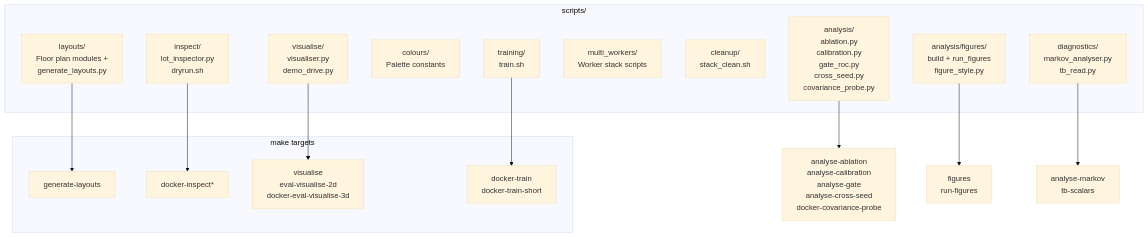
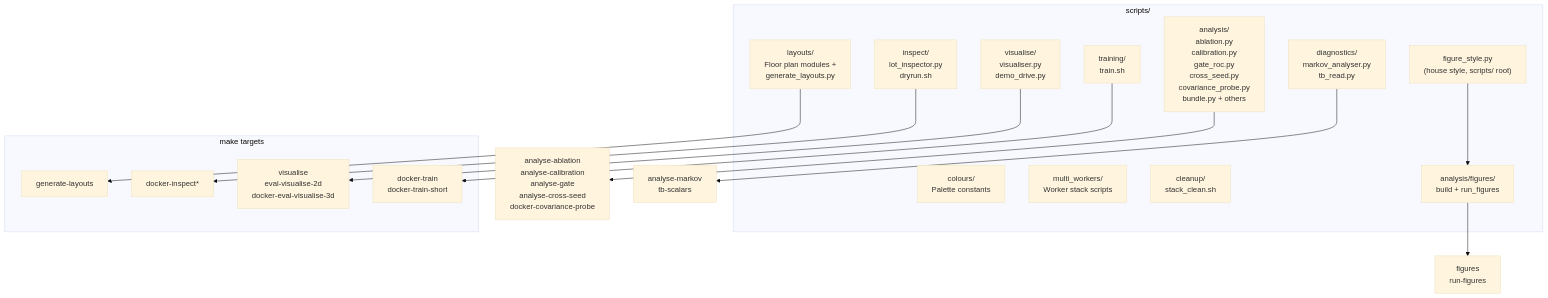
The diagram in scripts/README.md (Expo39/Uncertainty-Conditioned-RL-with-Evidential-Policy-Networks-for-Autonomous-Systems), drawn with Mermaid (base theme) before and after one commit. The commit also changed other lines of this file and 6 other files, not shown here.

````diff
--- a/scripts/README.md
+++ b/scripts/README.md
@@ -30,34 +35,36 @@
 ```mermaid
 flowchart TB
     subgraph scripts["scripts/"]
         LAY["layouts/\nFloor plan modules +\ngenerate_layouts.py"]
         INS["inspect/\nlot_inspector.py\ndryrun.sh"]
         VIS["visualise/\nvisualiser.py\ndemo_drive.py"]
         COL["colours/\nPalette constants"]
         TRN["training/\ntrain.sh"]
         MLT["multi_workers/\nWorker stack scripts"]
         CLN["cleanup/\nstack_clean.sh"]
         DIA["diagnostics/\nmarkov_analyser.py\ntb_read.py"]
-        EVL["analysis/\nablation.py\ncalibration.py\ngate_roc.py\ncross_seed.py\ncovariance_probe.py"]
-        FIG["analysis/figures/\nbuild + run_figures\nfigure_style.py"]
+        EVL["analysis/\nablation.py\ncalibration.py\ngate_roc.py\ncross_seed.py\ncovariance_probe.py\nbundle.py + others"]
+        FIG["analysis/figures/\nbuild + run_figures"]
+        STY["figure_style.py\n(house style, scripts/ root)"]
     end
 
     subgraph make["make targets"]
         GL["generate-layouts"]
         DI["docker-inspect*"]
         EV["visualise\neval-visualise-2d\ndocker-eval-visualise-3d"]
         DT["docker-train\ndocker-train-short"]
     end
 
     AN["analyse-ablation\nanalyse-calibration\nanalyse-gate\nanalyse-cross-seed\ndocker-covariance-probe"]
     FG["figures\nrun-figures"]
     DG["analyse-markov\ntb-scalars"]
 
     LAY --> GL
     INS --> DI
     VIS --> EV
     TRN --> DT
     EVL --> AN
     FIG --> FG
+    STY --> FIG
     DIA --> DG
 ```
````
